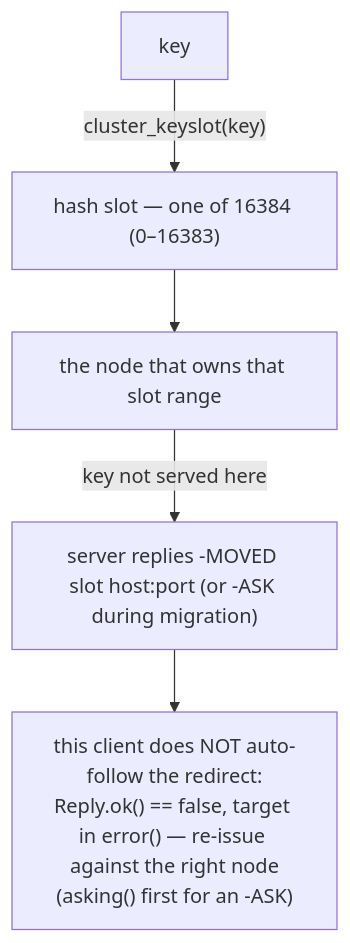
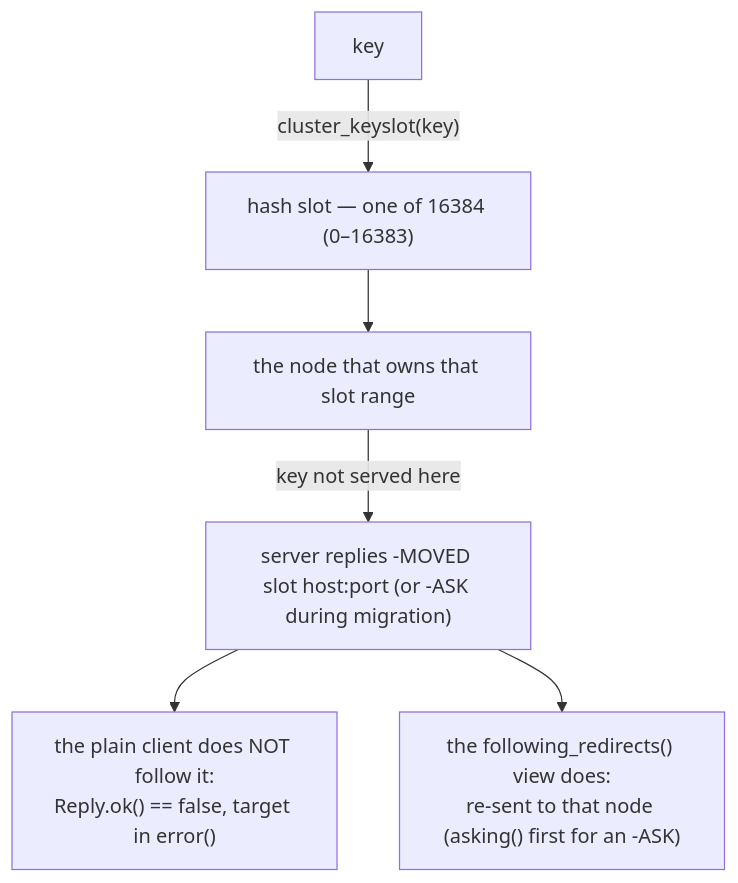
One commit to isndev/qbm-redis changed the diagram in readme/cluster_commands.md. Above: the diagram before and after it, drawn with Mermaid. The commit also changed other lines of this file and 38 other files, not shown here.

````diff
--- a/readme/cluster_commands.md
+++ b/readme/cluster_commands.md
@@ -76,7 +76,8 @@
 ```mermaid
 flowchart TD
     K["key"] -- "cluster_keyslot(key)" --> S["hash slot — one of 16384 (0–16383)"]
     S --> N["the node that owns that slot range"]
     N -- "key not served here" --> R["server replies -MOVED slot host:port (or -ASK during migration)"]
-    R --> C["this client does NOT auto-follow the redirect:<br/>Reply.ok() == false, target in error() — re-issue against the right node<br/>(asking() first for an -ASK)"]
+    R --> C["the plain client does NOT follow it:<br/>Reply.ok() == false, target in error()"]
+    R --> F["the following_redirects() view does:<br/>re-sent to that node (asking() first for an -ASK)"]
 ```
````
